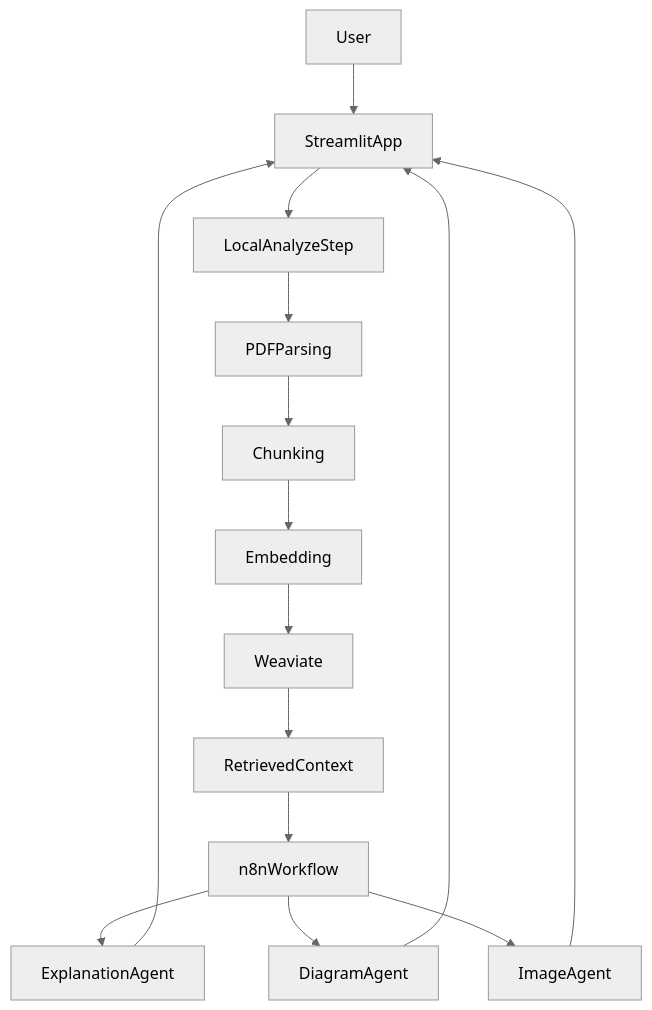
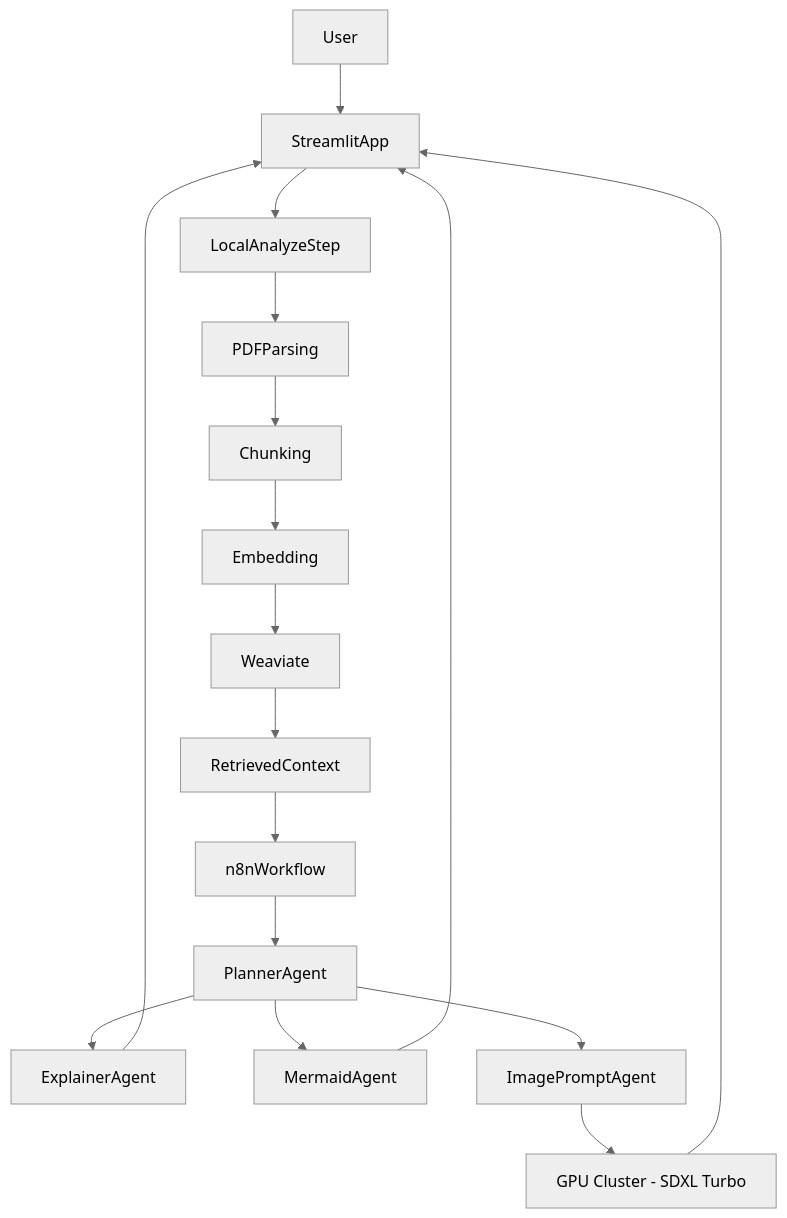
One commit to Danispeed/arpx changed the diagram in README.md. Above: the diagram before and after it, drawn with Mermaid (neutral theme). The commit also changed other lines of this file and 13 other files, not shown here.

First line of the commit message:
feat(image-service): add visual analogy agent + GPU cluster image service

````diff
--- a/README.md
+++ b/README.md
@@ -83,17 +101,19 @@
 ```mermaid
 graph TD
 User[User] --> UI[StreamlitApp]
 UI --> Analyze[LocalAnalyzeStep]
 Analyze --> Parse[PDFParsing]
 Parse --> Chunk[Chunking]
 Chunk --> Embed[Embedding]
 Embed --> WDB[Weaviate]
 WDB --> Context[RetrievedContext]
 Context --> N8N[n8nWorkflow]
-N8N --> Explain[ExplanationAgent]
-N8N --> Diagram[DiagramAgent]
-N8N --> Image[ImageAgent]
+N8N --> Planner[PlannerAgent]
+Planner --> Explain[ExplainerAgent]
+Planner --> Diagram[MermaidAgent]
+Planner --> ImgPrompt[ImagePromptAgent]
+ImgPrompt --> GPU[GPU Cluster - SDXL Turbo]
 Explain --> UI
 Diagram --> UI
-Image --> UI
+GPU --> UI
 ```
````
